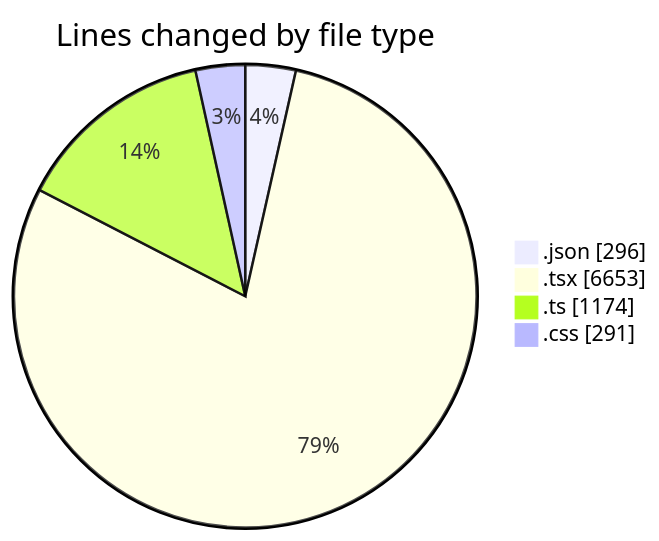
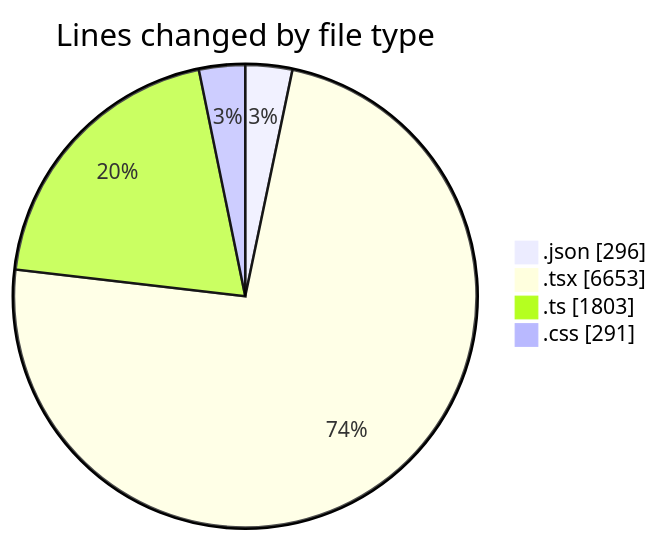
One commit to julien-gomy/code-tracking changed the first of 2 diagrams in 2025-10-07/eventscop-frontend-guide__workspace_/README.md. Above: the diagram before and after it, drawn with Mermaid. The commit also changed other lines of this file and 1 other file, not shown here.

````diff
--- a/2025-10-07/eventscop-frontend-guide__workspace_/README.md
+++ b/2025-10-07/eventscop-frontend-guide__workspace_/README.md
@@ -67,8 +69,8 @@
 ```mermaid
 pie showData
 title Lines changed by file type
 ".json" : 296
 ".tsx" : 6653
-".ts" : 1174
+".ts" : 1803
 ".css" : 291
 ```
````
